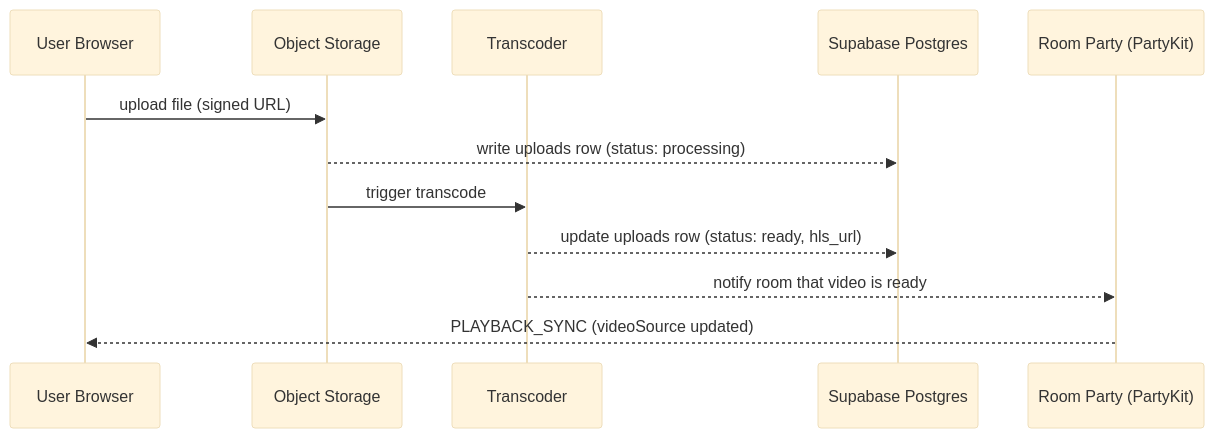
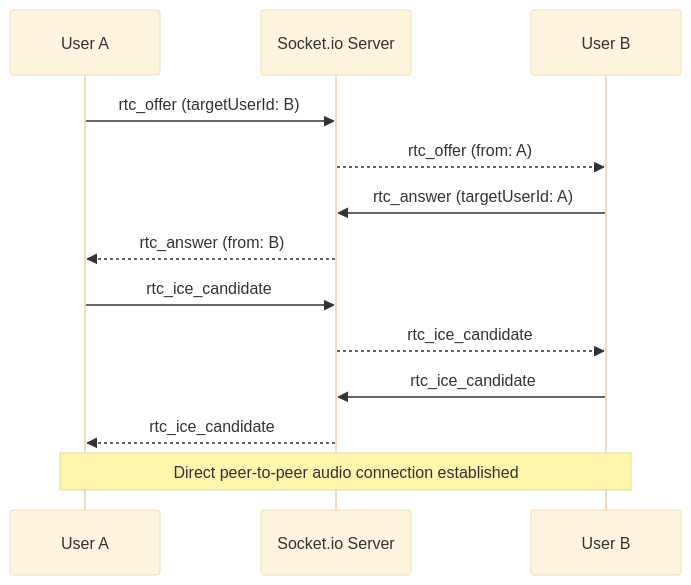
Before and after one commit to muhammedbarghou/watchly-party: the fourth of 4 diagrams in .cursor/rules/watchly-system-design.md, drawn with Mermaid (base theme). The commit also changed other lines of this file and 66 other files, not shown here.

````diff
--- a/.cursor/rules/watchly-system-design.md
+++ b/.cursor/rules/watchly-system-design.md
@@ -112,15 +111,16 @@
 ```mermaid
 sequenceDiagram
-  participant U as User Browser
-  participant St as Object Storage
-  participant Tc as Transcoder
-  participant D as Supabase Postgres
-  participant P as Room Party (PartyKit)
+  participant U1 as User A
+  participant S as Socket.io Server
+  participant U2 as User B
 
-  U->>St: upload file (signed URL)
-  St-->>D: write uploads row (status: processing)
-  St->>Tc: trigger transcode
-  Tc-->>D: update uploads row (status: ready, hls_url)
-  Tc-->>P: notify room that video is ready
-  P-->>U: PLAYBACK_SYNC (videoSource updated)
+  U1->>S: rtc_offer (targetUserId: B)
+  S-->>U2: rtc_offer (from: A)
+  U2->>S: rtc_answer (targetUserId: A)
+  S-->>U1: rtc_answer (from: B)
+  U1->>S: rtc_ice_candidate
+  S-->>U2: rtc_ice_candidate
+  U2->>S: rtc_ice_candidate
+  S-->>U1: rtc_ice_candidate
+  Note over U1,U2: Direct peer-to-peer audio connection established
 ```
````
